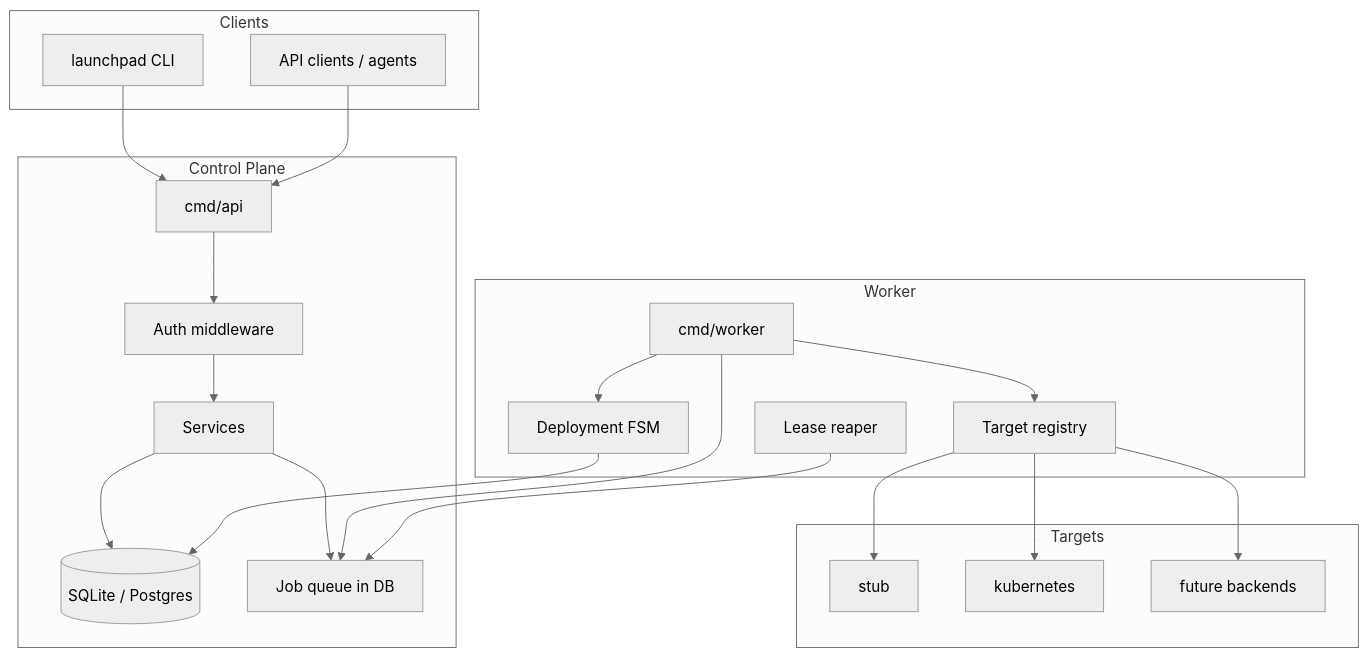
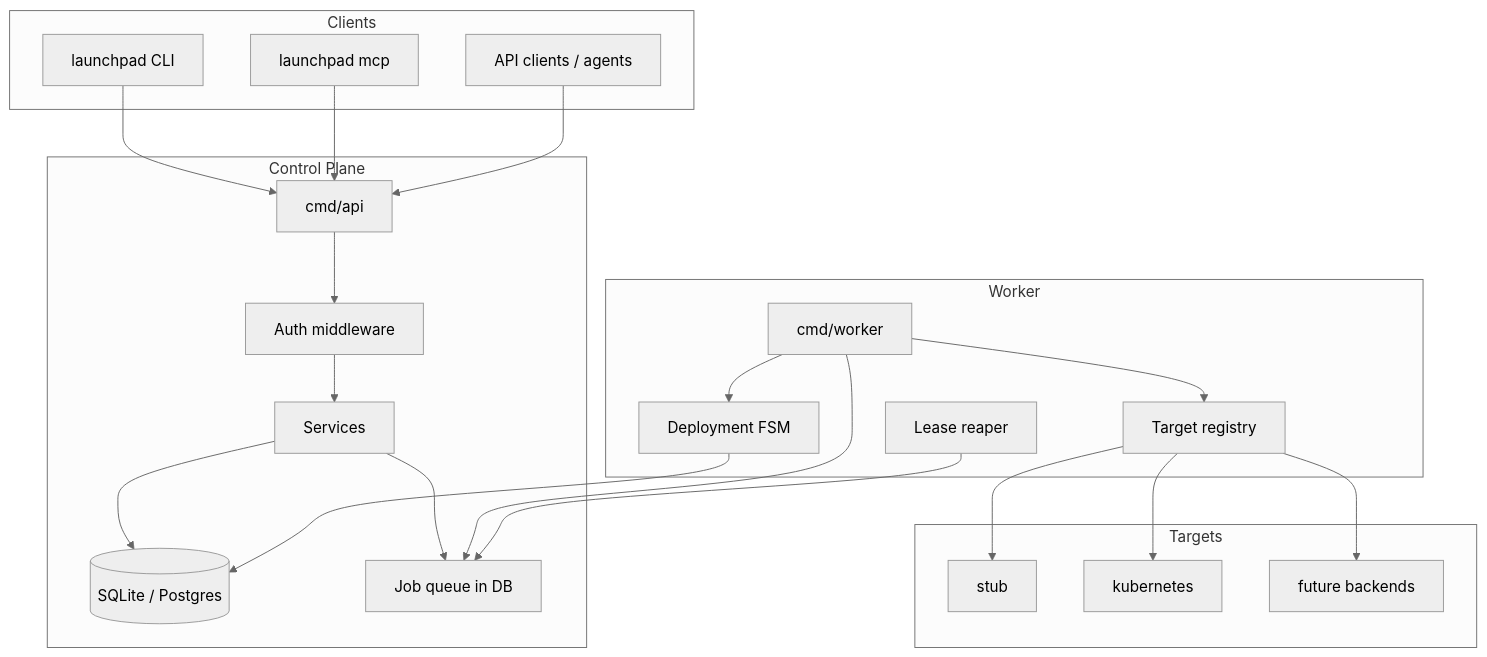
The diagram in docs/DESIGN.md (roydq/launchpad), drawn with Mermaid (neutral theme) before and after one commit. The commit also changed other lines of this file and 7 other files, not shown here.

````diff
--- a/docs/DESIGN.md
+++ b/docs/DESIGN.md
@@ -40,40 +40,42 @@
 ```mermaid
 flowchart TB
     subgraph clients [Clients]
         CLI[launchpad CLI]
+        MCP[launchpad mcp]
         API_CLIENT[API clients / agents]
     end
 
     subgraph control [Control Plane]
         API[cmd/api]
         AUTH[Auth middleware]
         SVC[Services]
         STORE[(SQLite / Postgres)]
         Q[Job queue in DB]
     end
 
     subgraph async [Worker]
         WORKER[cmd/worker]
         REAPER[Lease reaper]
         FSM[Deployment FSM]
         REG[Target registry]
     end
 
     subgraph targets [Targets]
         STUB[stub]
         K8S[kubernetes]
         FUTURE[future backends]
     end
 
     CLI --> API
+    MCP --> API
     API_CLIENT --> API
     API --> AUTH --> SVC --> STORE
     SVC --> Q
     WORKER --> Q
     REAPER --> Q
     WORKER --> FSM --> STORE
     WORKER --> REG
     REG --> STUB
     REG --> K8S
     REG --> FUTURE
 ```
````
